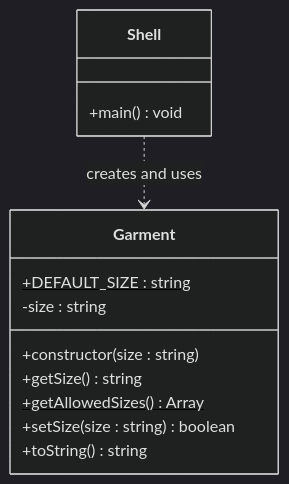
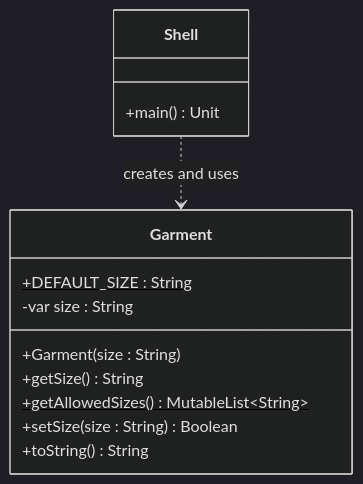
One commit to qxcodepoo/arcade changed the diagram in labs/roupa/README.md. Above: the diagram before and after it, drawn with Mermaid (dark theme). The commit also changed other lines of this file and 201 other files, not shown here.

````diff
--- a/labs/roupa/README.md
+++ b/labs/roupa/README.md
@@ -42,21 +42,21 @@
 ```mermaid
 %%{init: { "fontFamily": "monospace" } }%%
 classDiagram
     direction TB
 
     class Garment {
-        +DEFAULT_SIZE : string$
-        -size : string
-        +constructor(size : string)
-        +getSize() string
-        +getAllowedSizes() Array<string>$
-        +setSize(size : string) boolean
-        +toString() string
+        +DEFAULT_SIZE : String$
+        -var size : String
+        +Garment(size : String)
+        +getSize() String
+        +getAllowedSizes() MutableList~String~$
+        +setSize(size : String) Boolean
+        +toString() String
     }
 
     class Shell {
-        +main() void
+        +main() Unit
     }
 
     Shell ..> Garment : creates and uses
 ```
````
